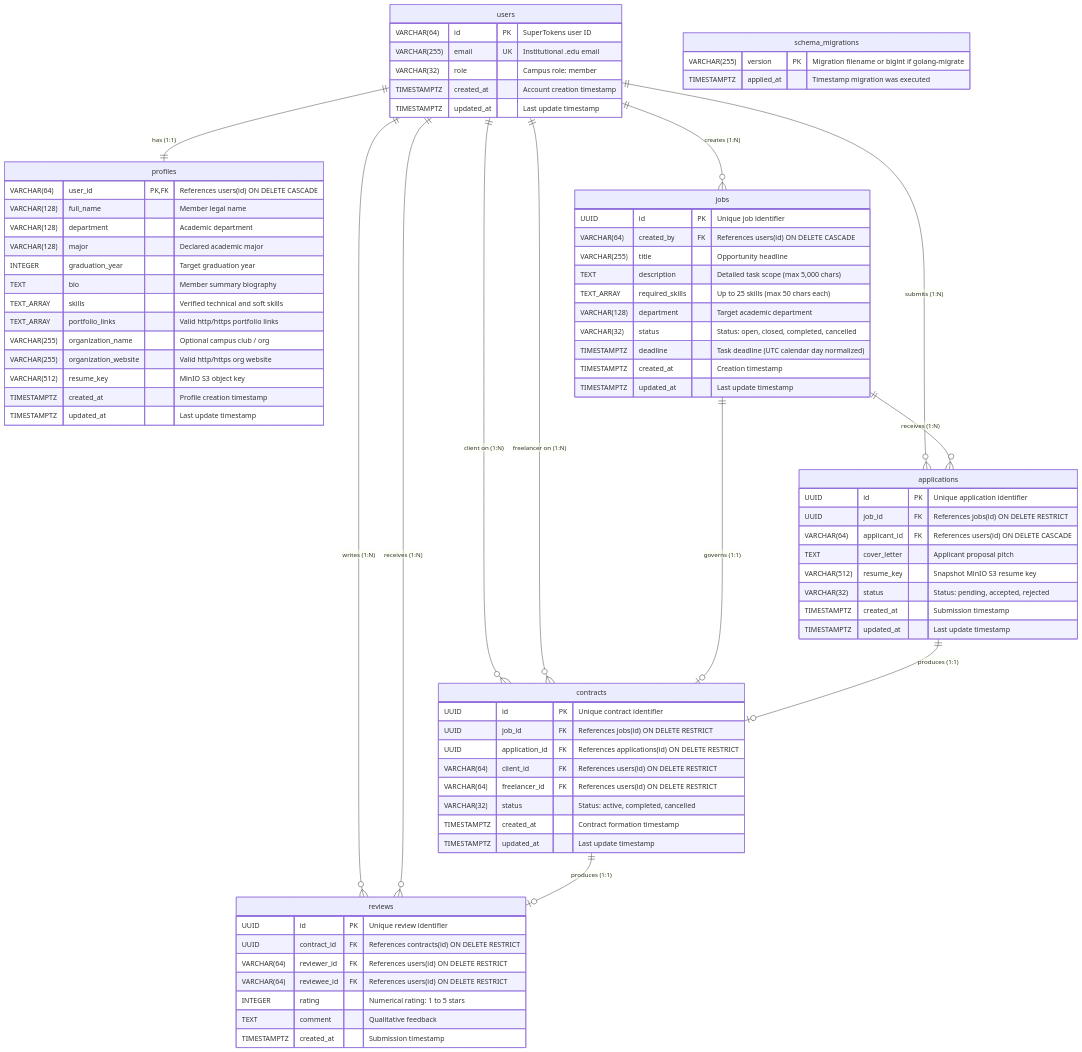
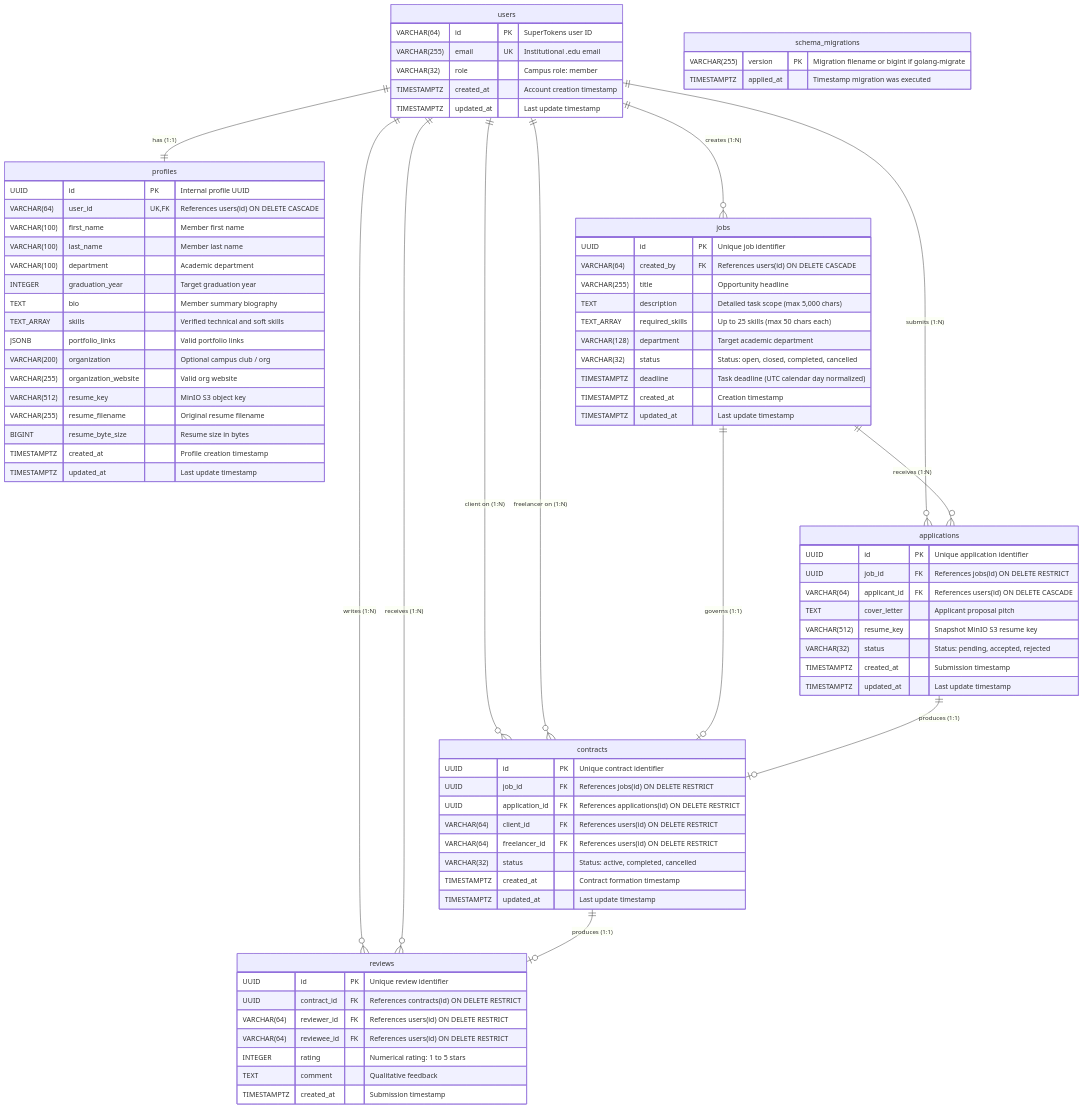
Before and after one commit to BIJJUDAMA/Lynk: the first of 5 diagrams in docs/architecture/database-schema-erd.md, drawn with Mermaid. The commit also changed other lines of this file and 14 other files, not shown here.

Commit message:
docs: align documentation with verified system architecture and schemas

```diff
--- a/docs/architecture/database-schema-erd.md
+++ b/docs/architecture/database-schema-erd.md
@@ -38,17 +38,20 @@
     }
 
     profiles {
-        VARCHAR(64) user_id PK, FK "References users(id) ON DELETE CASCADE"
-        VARCHAR(128) full_name "Member legal name"
-        VARCHAR(128) department "Academic department"
-        VARCHAR(128) major "Declared academic major"
+        UUID id PK "Internal profile UUID"
+        VARCHAR(64) user_id UK, FK "References users(id) ON DELETE CASCADE"
+        VARCHAR(100) first_name "Member first name"
+        VARCHAR(100) last_name "Member last name"
+        VARCHAR(100) department "Academic department"
         INTEGER graduation_year "Target graduation year"
         TEXT bio "Member summary biography"
         TEXT_ARRAY skills "Verified technical and soft skills"
-        TEXT_ARRAY portfolio_links "Valid http/https portfolio links"
-        VARCHAR(255) organization_name "Optional campus club / org"
-        VARCHAR(255) organization_website "Valid http/https org website"
+        JSONB portfolio_links "Valid portfolio links"
+        VARCHAR(200) organization "Optional campus club / org"
+        VARCHAR(255) organization_website "Valid org website"
         VARCHAR(512) resume_key "MinIO S3 object key"
+        VARCHAR(255) resume_filename "Original resume filename"
+        BIGINT resume_byte_size "Resume size in bytes"
         TIMESTAMPTZ created_at "Profile creation timestamp"
         TIMESTAMPTZ updated_at "Last update timestamp"
     }
```
